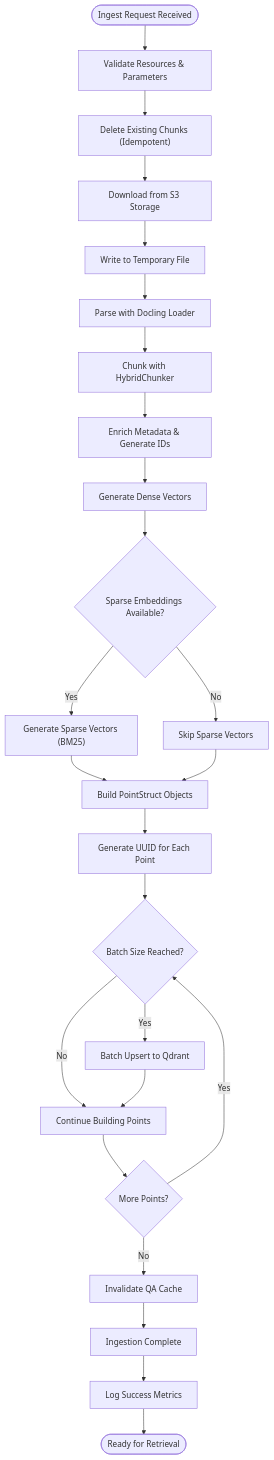
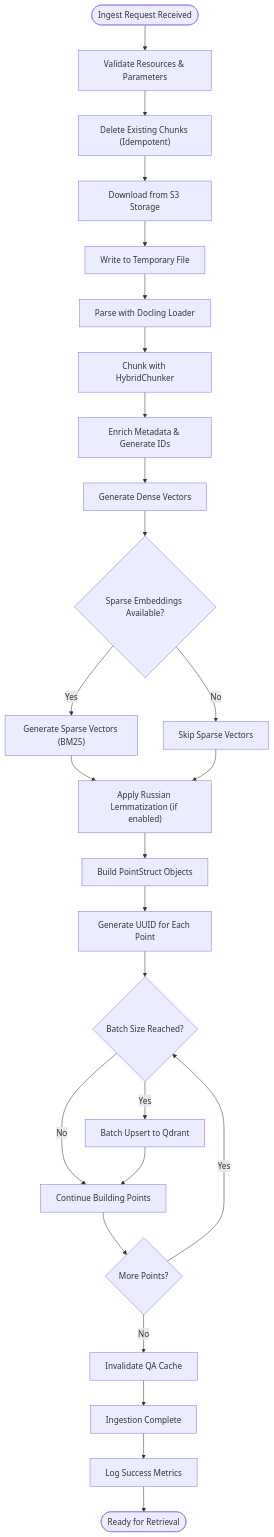
One commit to ognelis/cafetera_hr_bot changed diagram 15 of 23 in .qoder/repowiki/en/content/API Reference/RAG Microservice Architecture.md. Above: the diagram before and after it, drawn with Mermaid. The commit also changed other lines of this file and 51 other files, not shown here.

````diff
--- a/.qoder/repowiki/en/content/API Reference/RAG Microservice Architecture.md
+++ b/.qoder/repowiki/en/content/API Reference/RAG Microservice Architecture.md
@@ -359,27 +773,28 @@
 ```mermaid
 flowchart TD
 Start(["Ingest Request Received"]) --> Validate["Validate Resources & Parameters"]
 Validate --> DeleteExisting["Delete Existing Chunks (Idempotent)"]
 DeleteExisting --> Download["Download from S3 Storage"]
 Download --> TempFile["Write to Temporary File"]
 TempFile --> Parse["Parse with Docling Loader"]
 Parse --> Chunk["Chunk with HybridChunker"]
 Chunk --> Enrich["Enrich Metadata & Generate IDs"]
 Enrich --> Embed["Generate Dense Vectors"]
 Embed --> SparseCheck{"Sparse Embeddings Available?"}
 SparseCheck --> |Yes| Sparse["Generate Sparse Vectors (BM25)"]
 SparseCheck --> |No| SkipSparse["Skip Sparse Vectors"]
-Sparse --> BuildPoints["Build PointStruct Objects"]
-SkipSparse --> BuildPoints
+Sparse --> RussianPreprocess["Apply Russian Lemmatization (if enabled)"]
+SkipSparse --> RussianPreprocess
+RussianPreprocess --> BuildPoints["Build PointStruct Objects"]
 BuildPoints --> UUIDGen["Generate UUID for Each Point"]
 UUIDGen --> BatchSize{"Batch Size Reached?"}
 BatchSize --> |No| Continue["Continue Building Points"]
 BatchSize --> |Yes| BatchUpsert["Batch Upsert to Qdrant"]
 BatchUpsert --> Continue
 Continue --> More{"More Points?"}
 More --> |Yes| BatchSize
 More --> |No| InvalidateCache["Invalidate QA Cache"]
 InvalidateCache --> Complete["Ingestion Complete"]
 Complete --> Log["Log Success Metrics"]
 Log --> End(["Ready for Retrieval"])
 ```
````
